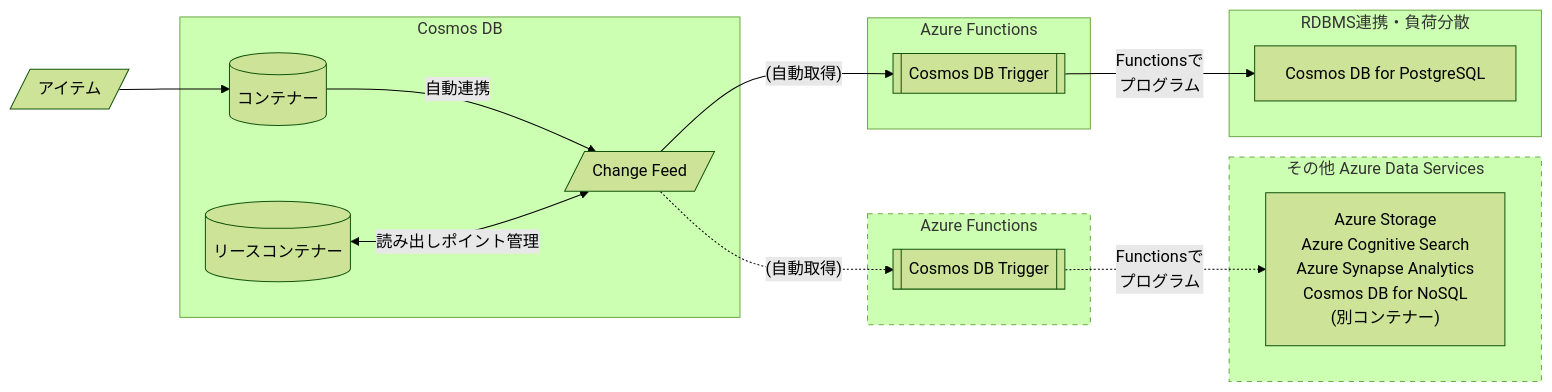
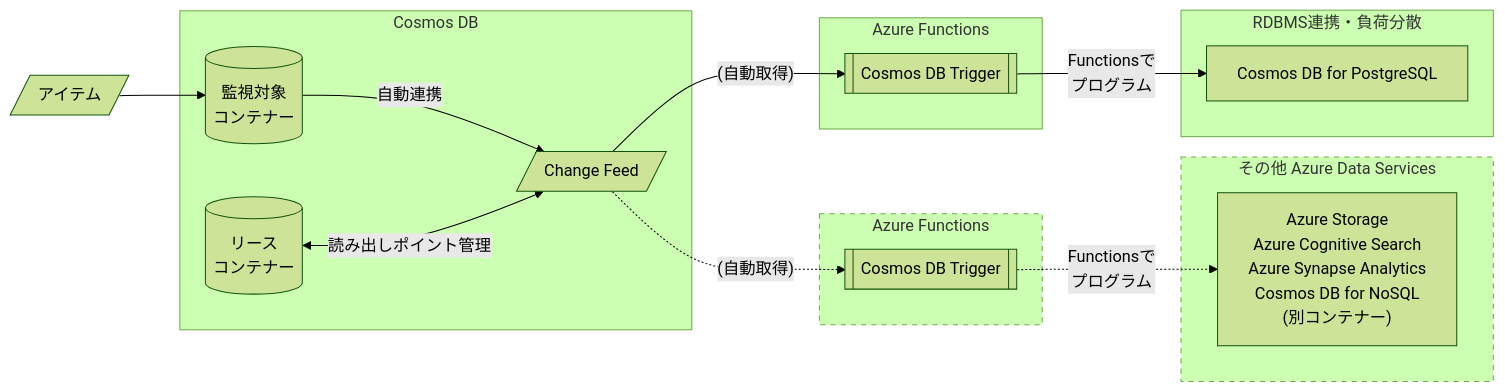
Before and after one commit to tahayaka-microsoft/CosmosDB_NoSQL_Essentials: the third of 5 diagrams in 00_CosmosDB_Essential.md, drawn with Mermaid (forest theme).

````diff
--- a/00_CosmosDB_Essential.md
+++ b/00_CosmosDB_Essential.md
@@ -401,36 +401,38 @@
 ```mermaid
 graph LR
     1[/"アイテム"/]
     1-->A
     subgraph Cosmos DB
-        A[(コンテナー)]
+        A[(監視対象
+           コンテナー)]
         D[/Change Feed/]
-        G[(リースコンテナー)]
+        G[(リース
+           コンテナー)]
         A--自動連携-->D
         G<--読み出しポイント管理-->D
     end
     subgraph af1[Azure Functions]
         B[["Cosmos DB Trigger"]] 
     end
     subgraph af2[Azure Functions]
         F[["Cosmos DB Trigger"]] 
     end
     subgraph ss2["その他 Azure Data Services"]
         E["Azure Storage
         Azure Cognitive Search
         Azure Synapse Analytics
         Cosmos DB for NoSQL
         (別コンテナー)"] 
     end
     subgraph ss1["RDBMS連携・負荷分散"]
         C["Cosmos DB for PostgreSQL"] 
     end
     D --"(自動取得)"--> B
     D -."(自動取得)".-> F
     B --"Functionsで
     プログラム"--> C
     F -."Functionsで
     プログラム".-> E
     style af2 stroke-dasharray: 5 5
     style ss2 stroke-dasharray: 5 5
 ```
````
